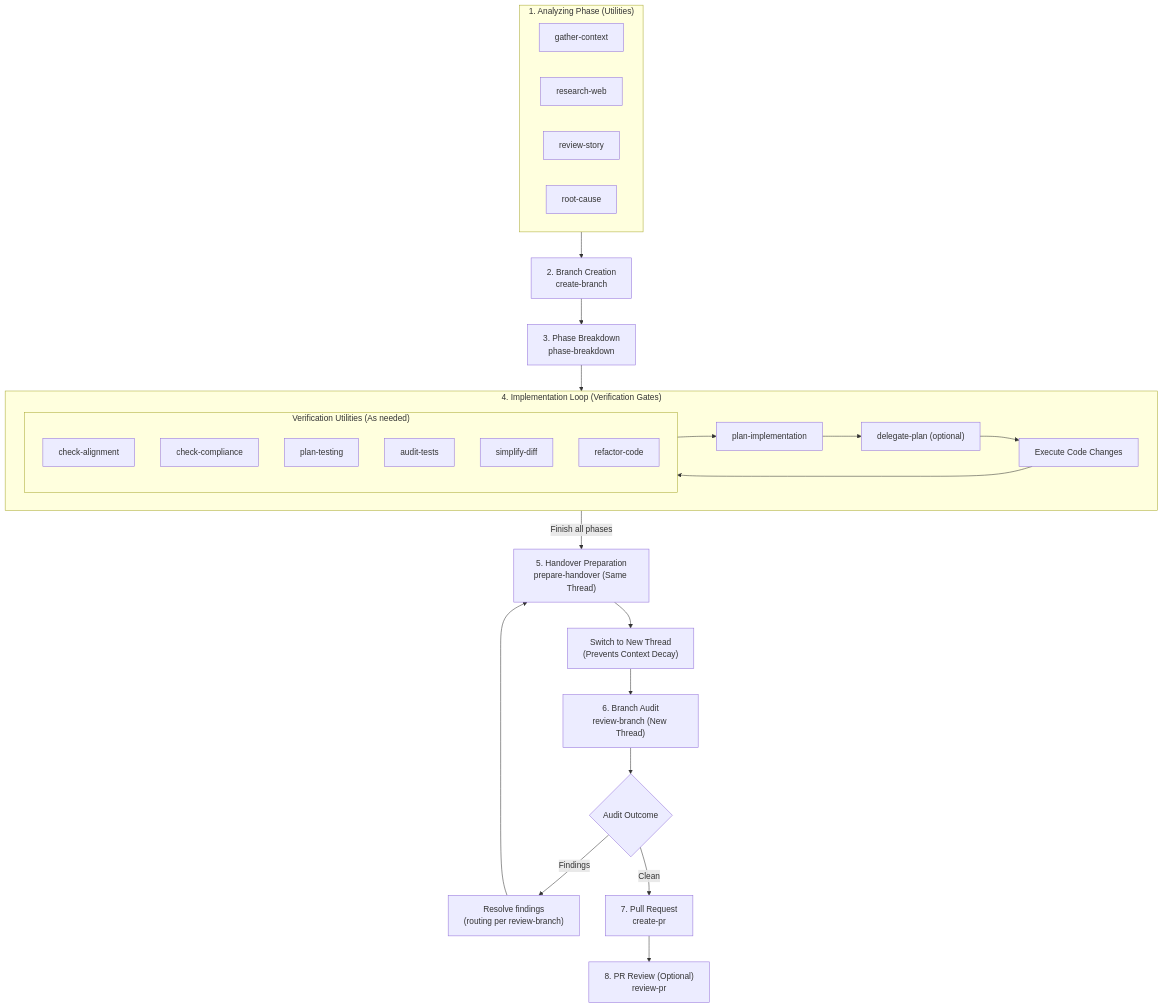
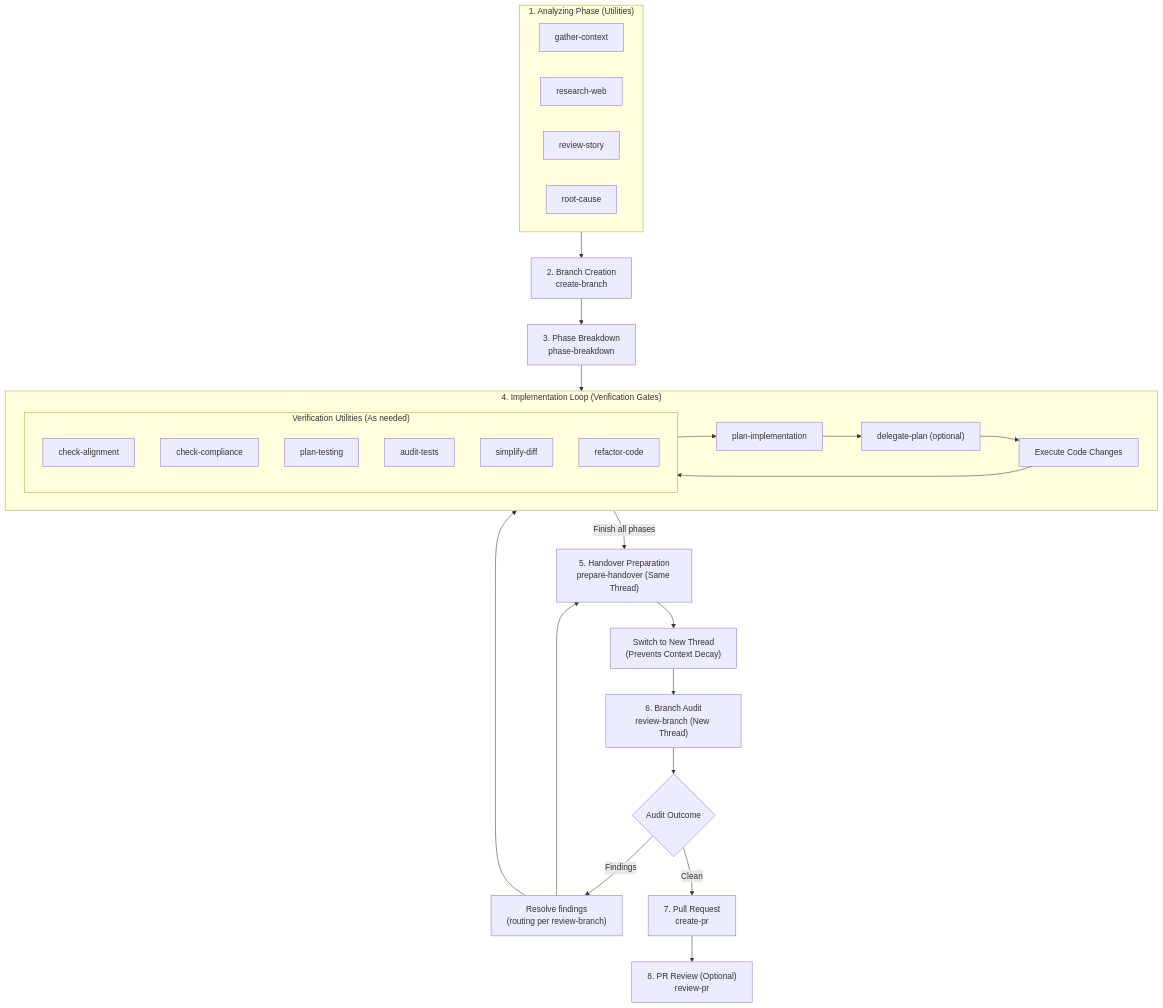
Before and after one commit to jrobertogarcia/agent-workflows: the diagram in LIFECYCLE.md, drawn with Mermaid. The commit also changed other lines of this file, not shown here.

````diff
--- a/LIFECYCLE.md
+++ b/LIFECYCLE.md
@@ -13,61 +13,62 @@
 ```mermaid
 graph TD
     %% Analyzing Phase
     subgraph Analyzing ["1. Analyzing Phase (Utilities)"]
         GC["gather-context"]
         RW["research-web"]
         RS["review-story"]
         RC["root-cause"]
     end
 
     %% Branch & Plan Phase
     CB["2. Branch Creation<br>create-branch"]
     PB["3. Phase Breakdown<br>phase-breakdown"]
     
     subgraph Loop ["4. Implementation Loop (Verification Gates)"]
         PI["plan-implementation"]
         DP["delegate-plan (optional)"]
         Code["Execute Code Changes"]
         
         %% Loop Utilities
         subgraph Utilities ["Verification Utilities (As needed)"]
             CA["check-alignment"]
             CC["check-compliance"]
             PT["plan-testing"]
             AT["audit-tests"]
             SD["simplify-diff"]
             RF["refactor-code"]
         end
         
         PI --> DP
         DP --> Code
         Code --> Utilities
         Utilities --> PI
     end
 
     %% Handover & Review Phase
     PH["5. Handover Preparation<br>prepare-handover (Same Thread)"]
     Switch["Switch to New Thread<br>(Prevents Context Decay)"]
     RB["6. Branch Audit<br>review-branch (New Thread)"]
     
     %% Branch Review Outcome
     Decide{"Audit Outcome"}
     Fix["Resolve findings<br>(routing per review-branch)"]
     
     %% PR Release Phase
     CPR["7. Pull Request<br>create-pr"]
     RPR["8. PR Review (Optional)<br>review-pr"]
 
     %% Flow connections
     Analyzing --> CB
     CB --> PB
     PB --> Loop
     Loop -->|Finish all phases| PH
     PH --> Switch
     Switch --> RB
     RB --> Decide
     Decide -->|Findings| Fix
     Decide -->|Clean| CPR
     Fix --> PH
+    Fix --> Loop
     CPR --> RPR
 ```
````
